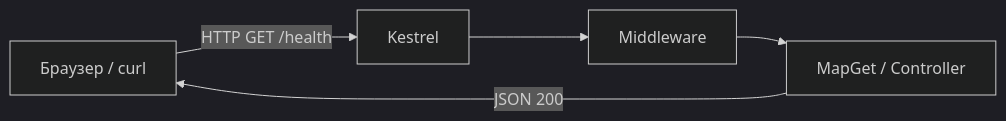
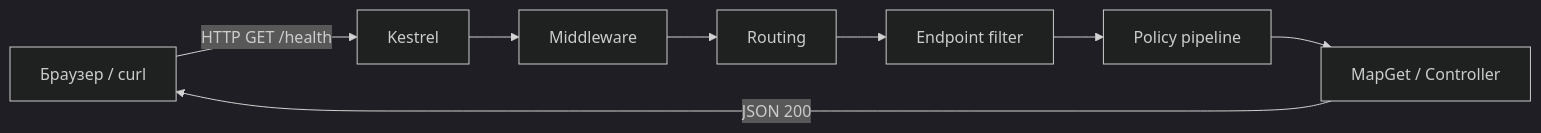
Before and after one commit to Spirzen/it-knowledge-base: the diagram in docs/encyclopedia/5-languages/5-05-csharp/4511.md, drawn with Mermaid (dark theme). The commit also changed other lines of this file and 538 other files, not shown here.

````diff
--- a/docs/encyclopedia/5-languages/5-05-csharp/4511.md
+++ b/docs/encyclopedia/5-languages/5-05-csharp/4511.md
@@ -86,7 +86,10 @@
 ```mermaid
 flowchart LR
   Client[Браузер / curl] -->|HTTP GET /health| Kestrel[Kestrel]
-  Kestrel --> Pipeline[Middleware]
-  Pipeline --> Handler[MapGet / Controller]
+  Kestrel --> MW[Middleware]
+  MW --> Route[Routing]
+  Route --> EF[Endpoint filter]
+  EF --> PP[Policy pipeline]
+  PP --> Handler[MapGet / Controller]
   Handler -->|JSON 200| Client
 ```
````
